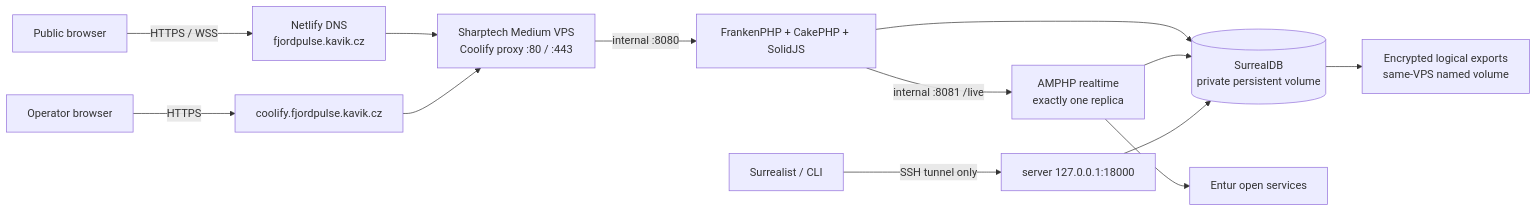
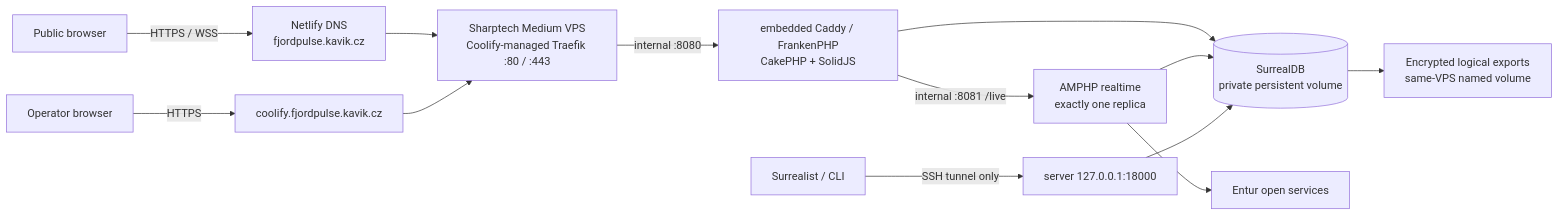
The diagram in docs/PRODUCTION_DEPLOYMENT_PLAN.md (MartinKavik/FjordPulse), drawn with Mermaid before and after one commit. The commit also changed other lines of this file and 6 other files, not shown here.

````diff
--- a/docs/PRODUCTION_DEPLOYMENT_PLAN.md
+++ b/docs/PRODUCTION_DEPLOYMENT_PLAN.md
@@ -22,15 +24,15 @@
 ```mermaid
 flowchart LR
     User["Public browser"] -->|"HTTPS / WSS"| DNS["Netlify DNS<br/>fjordpulse.kavik.cz"]
-    DNS --> Proxy["Sharptech Medium VPS<br/>Coolify proxy :80 / :443"]
+    DNS --> Proxy["Sharptech Medium VPS<br/>Coolify-managed Traefik :80 / :443"]
     Operator["Operator browser"] -->|"HTTPS"| Control["coolify.fjordpulse.kavik.cz"]
     Control --> Proxy
-    Proxy -->|"internal :8080"| App["FrankenPHP + CakePHP + SolidJS"]
+    Proxy -->|"internal :8080"| App["embedded Caddy / FrankenPHP<br/>CakePHP + SolidJS"]
     App -->|"internal :8081 /live"| Realtime["AMPHP realtime<br/>exactly one replica"]
     App --> DB[("SurrealDB<br/>private persistent volume")]
     Realtime --> DB
     Realtime --> Entur["Entur open services"]
     Workstation["Surrealist / CLI"] -->|"SSH tunnel only"| Loopback["server 127.0.0.1:18000"]
     Loopback --> DB
     DB --> Backup["Encrypted logical exports<br/>same-VPS named volume"]
 ```
````
